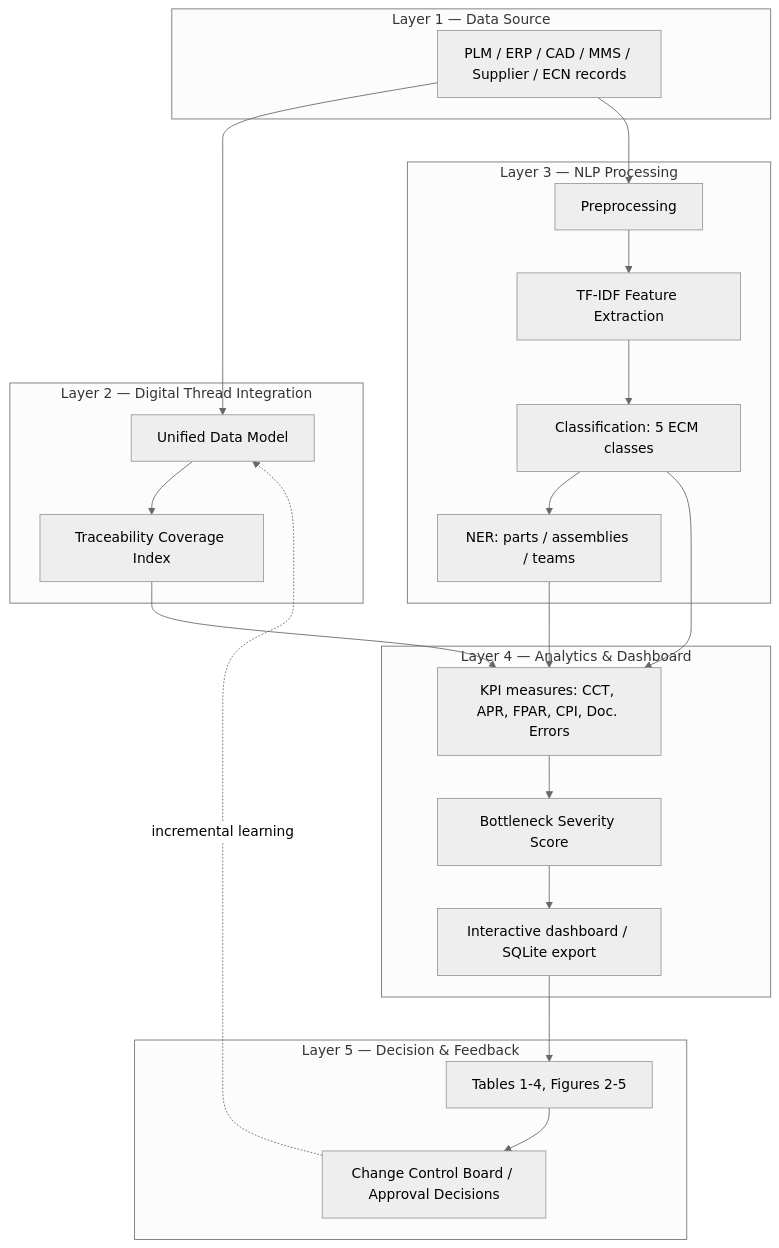
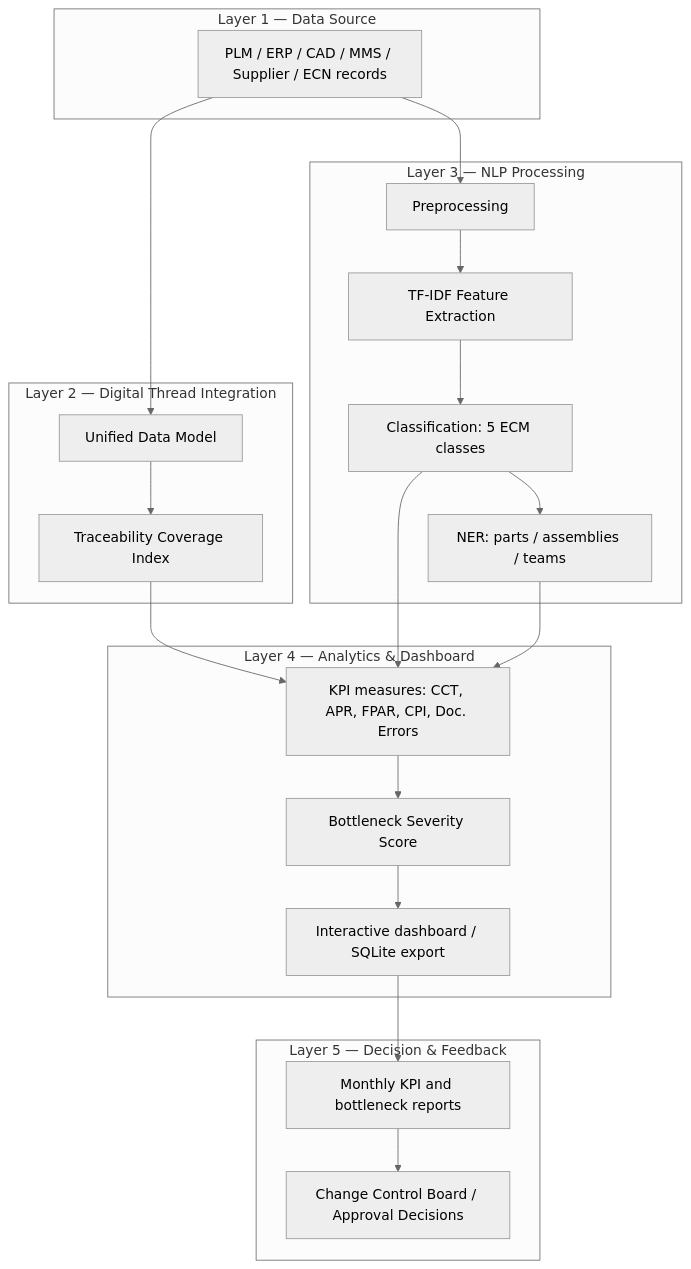
One commit to yeddula-research/ECM-Digital-Thread-Toolkit changed the diagram in README.md. Above: the diagram before and after it, drawn with Mermaid (neutral theme). The commit also changed other lines of this file and 51 other files, not shown here.

````diff
--- a/README.md
+++ b/README.md
@@ -62,33 +106,32 @@
 ```mermaid
 flowchart TB
     subgraph L1["Layer 1 — Data Source"]
         A1[PLM / ERP / CAD / MMS / Supplier / ECN records]
     end
     subgraph L2["Layer 2 — Digital Thread Integration"]
         B1[Unified Data Model]
         B2[Traceability Coverage Index]
     end
     subgraph L3["Layer 3 — NLP Processing"]
         C1[Preprocessing]
         C2[TF-IDF Feature Extraction]
         C3[Classification: 5 ECM classes]
         C4[NER: parts / assemblies / teams]
     end
     subgraph L4["Layer 4 — Analytics & Dashboard"]
         D1[KPI measures: CCT, APR, FPAR, CPI, Doc. Errors]
         D2[Bottleneck Severity Score]
         D3[Interactive dashboard / SQLite export]
     end
     subgraph L5["Layer 5 — Decision & Feedback"]
-        E1[Tables 1-4, Figures 2-5]
+        E1[Monthly KPI and bottleneck reports]
         E2[Change Control Board / Approval Decisions]
     end
     A1 --> B1 --> B2
     A1 --> C1 --> C2 --> C3 --> C4
     B2 --> D1
     C3 --> D1
     C4 --> D1
     D1 --> D2 --> D3
     D3 --> E1 --> E2
-    E2 -.incremental learning.-> B1
 ```
````
